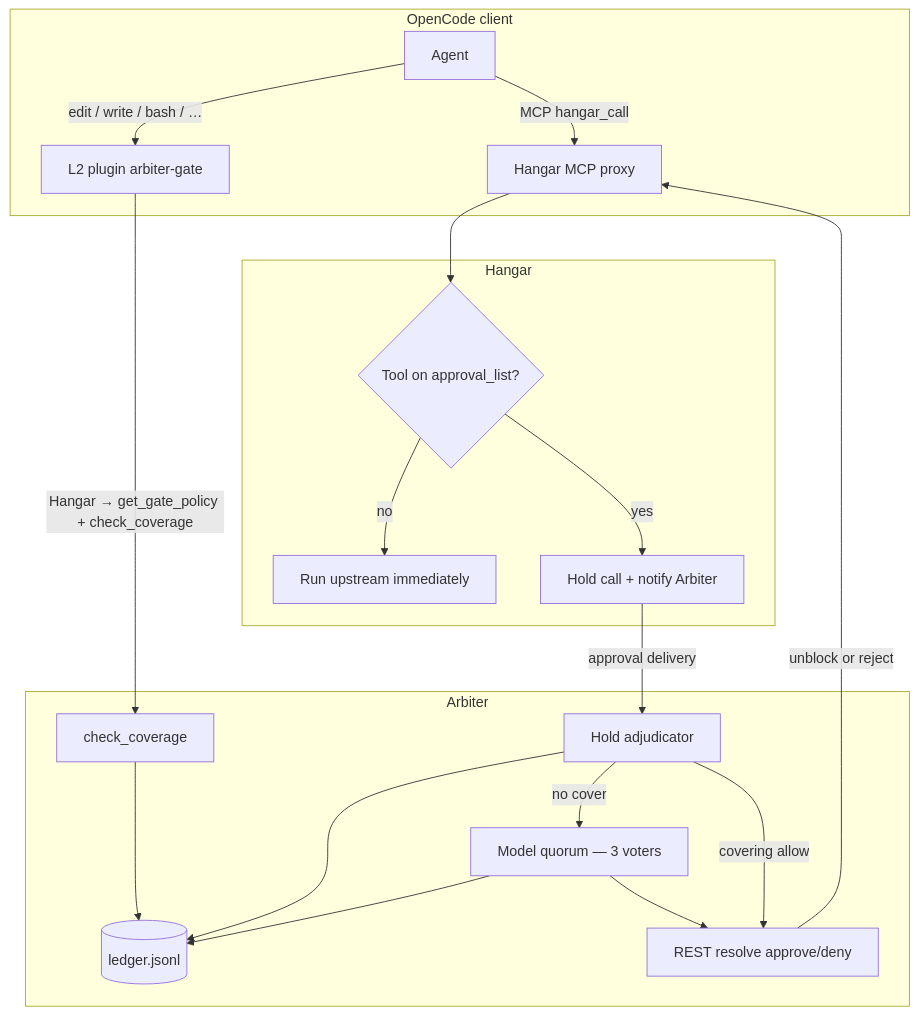
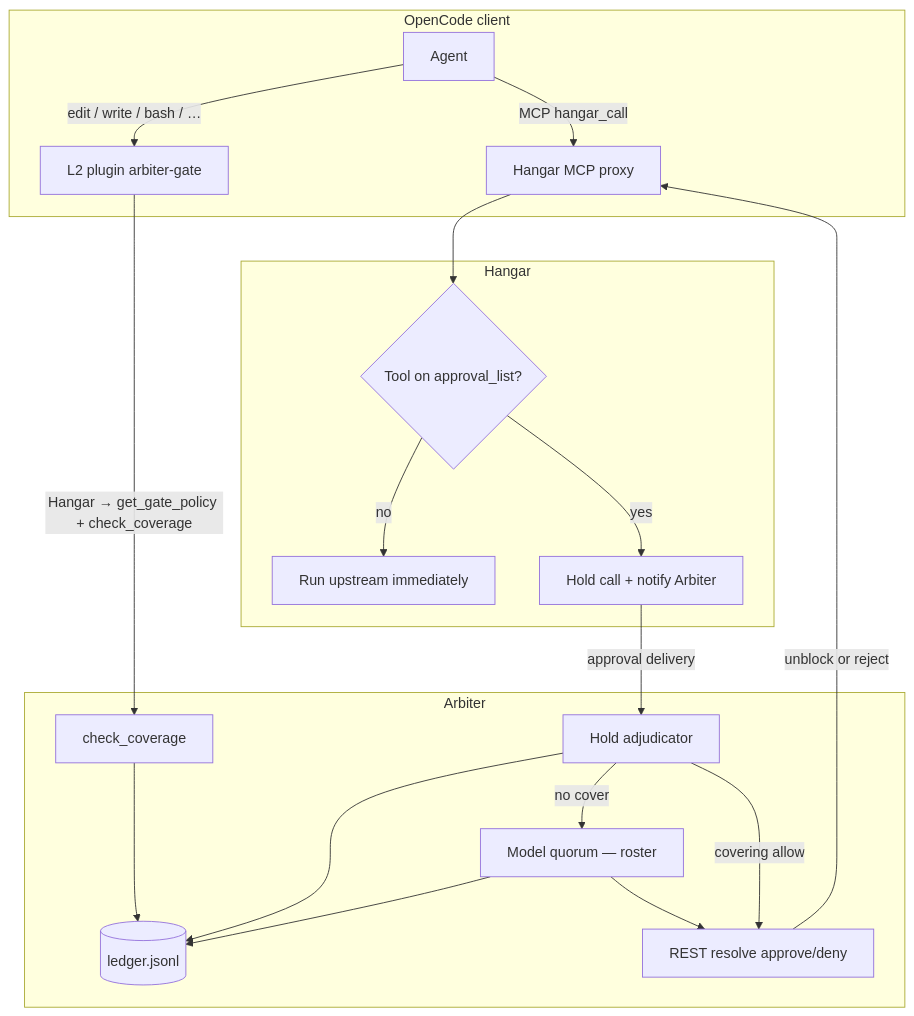
The first of 2 diagrams in docs/how-it-works.md (mapyr/arbiter), drawn with Mermaid before and after one commit. The commit also changed other lines of this file and 10 other files, not shown here.

First line of the commit message:
feat: allow 1-7 voters and live quorum smoke

````diff
--- a/docs/how-it-works.md
+++ b/docs/how-it-works.md
@@ -43,34 +43,34 @@
 ```mermaid
 flowchart TB
   subgraph client [OpenCode client]
     A[Agent]
     P[L2 plugin arbiter-gate]
     A -->|edit / write / bash / …| P
     A -->|MCP hangar_call| H
   end
 
   subgraph hangar_box [Hangar]
     H[Hangar MCP proxy]
     HOLD{Tool on approval_list?}
     H --> HOLD
     HOLD -->|no| RUN[Run upstream immediately]
     HOLD -->|yes| HOLD2[Hold call + notify Arbiter]
   end
 
   subgraph arbiter_box [Arbiter]
     COV[check_coverage]
     ADJ[Hold adjudicator]
-    Q[Model quorum — 3 voters]
+    Q[Model quorum — roster]
     LED[(ledger.jsonl)]
     COV --> LED
     ADJ --> LED
     Q --> LED
     ADJ -->|no cover| Q
     ADJ -->|covering allow| RES[REST resolve approve/deny]
     Q --> RES
   end
 
   P -->|Hangar → get_gate_policy + check_coverage| COV
   HOLD2 -->|approval delivery| ADJ
   RES -->|unblock or reject| H
 ```
````
